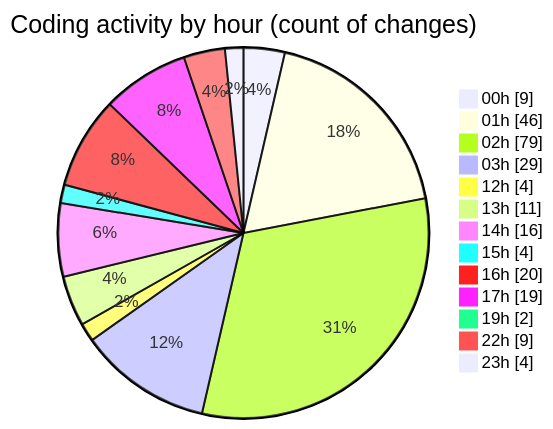
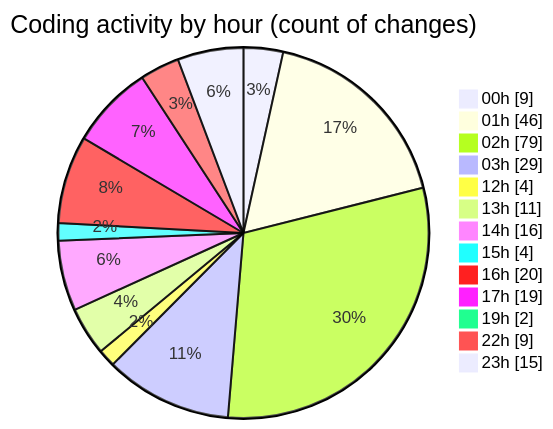
The second of 2 diagrams in 2025-11-18/eventscop-frontend-guide__workspace_/README.md (julien-gomy/code-tracking), drawn with Mermaid before and after one commit. The commit also changed other lines of this file and 1 other file, not shown here.

````diff
--- a/2025-11-18/eventscop-frontend-guide__workspace_/README.md
+++ b/2025-11-18/eventscop-frontend-guide__workspace_/README.md
@@ -91,17 +93,17 @@
 ```mermaid
 pie showData
 title Coding activity by hour (count of changes)
 "00h" : 9
 "01h" : 46
 "02h" : 79
 "03h" : 29
 "12h" : 4
 "13h" : 11
 "14h" : 16
 "15h" : 4
 "16h" : 20
 "17h" : 19
 "19h" : 2
 "22h" : 9
-"23h" : 4
+"23h" : 15
 ```
````
